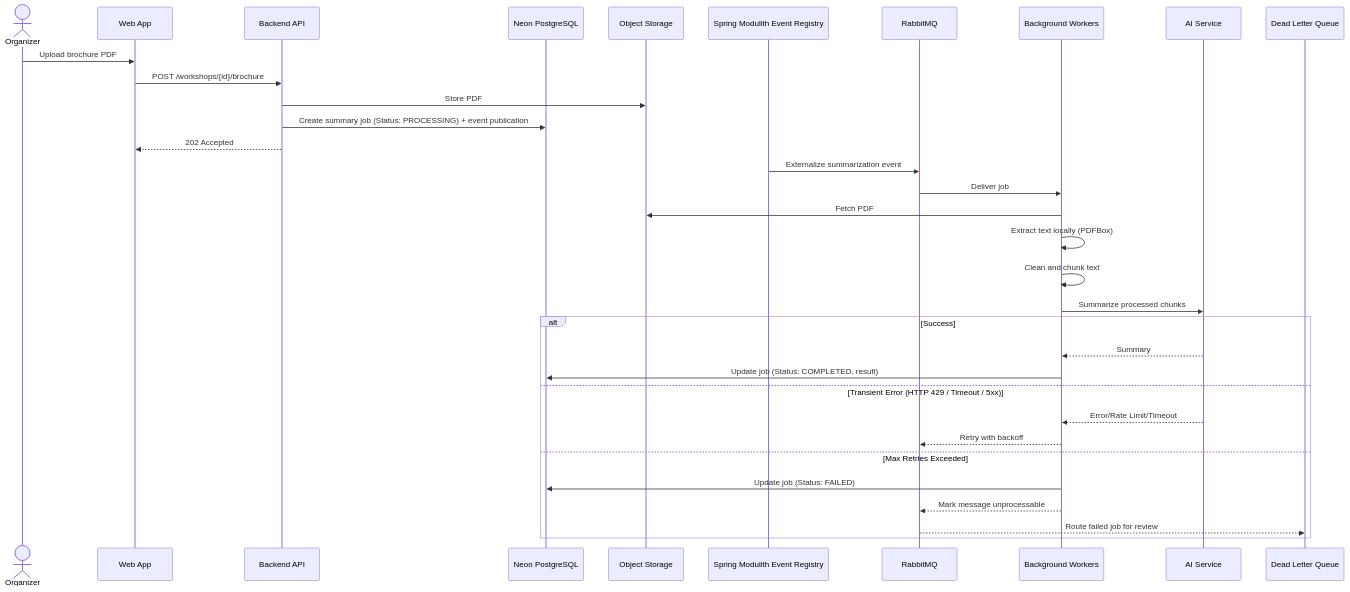
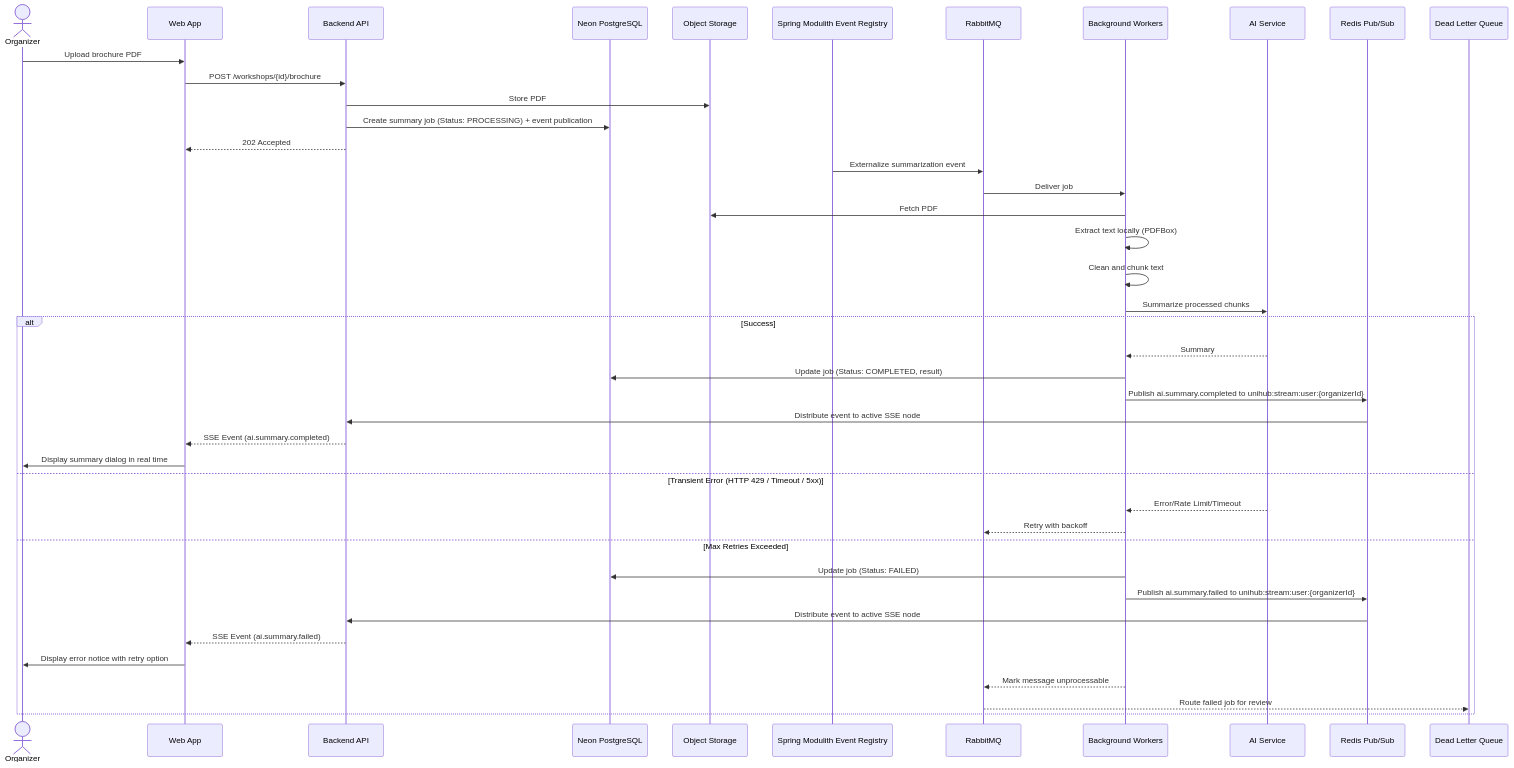
Before and after one commit to phatnguyen975/unihub-workshop: the sixth of 14 diagrams in docs/system-design.md, drawn with Mermaid. The commit also changed other lines of this file and 8 other files, not shown here.

Commit message:
refactor: add SSE for realtime to architecture

````diff
--- a/docs/system-design.md
+++ b/docs/system-design.md
@@ -620,37 +631,46 @@
 ```mermaid
 sequenceDiagram
   actor Organizer
   participant Web as Web App
   participant API as Backend API
   participant DB as Neon PostgreSQL
   participant S3 as Object Storage
   participant Registry as Spring Modulith Event Registry
   participant Broker as RabbitMQ
   participant Worker as Background Workers
   participant AI as AI Service
+  participant Redis as Redis Pub/Sub
   participant DLQ as Dead Letter Queue
 
   Organizer->>Web: Upload brochure PDF
   Web->>API: POST /workshops/{id}/brochure
   API->>S3: Store PDF
   API->>DB: Create summary job (Status: PROCESSING) + event publication
   API-->>Web: 202 Accepted
 
   Registry->>Broker: Externalize summarization event
   Broker->>Worker: Deliver job
   Worker->>S3: Fetch PDF
   Worker->>Worker: Extract text locally (PDFBox)
   Worker->>Worker: Clean and chunk text
   Worker->>AI: Summarize processed chunks
   alt Success
     AI-->>Worker: Summary
     Worker->>DB: Update job (Status: COMPLETED, result)
+    Worker->>Redis: Publish ai.summary.completed to unihub:stream:user:{organizerId}
+    Redis->>API: Distribute event to active SSE node
+    API-->>Web: SSE Event (ai.summary.completed)
+    Web->>Organizer: Display summary dialog in real time
   else Transient Error (HTTP 429 / Timeout / 5xx)
     AI-->>Worker: Error/Rate Limit/Timeout
     Worker-->>Broker: Retry with backoff
   else Max Retries Exceeded
     Worker->>DB: Update job (Status: FAILED)
+    Worker->>Redis: Publish ai.summary.failed to unihub:stream:user:{organizerId}
+    Redis->>API: Distribute event to active SSE node
+    API-->>Web: SSE Event (ai.summary.failed)
+    Web->>Organizer: Display error notice with retry option
     Worker-->>Broker: Mark message unprocessable
     Broker-->>DLQ: Route failed job for review
   end
 ```
````
